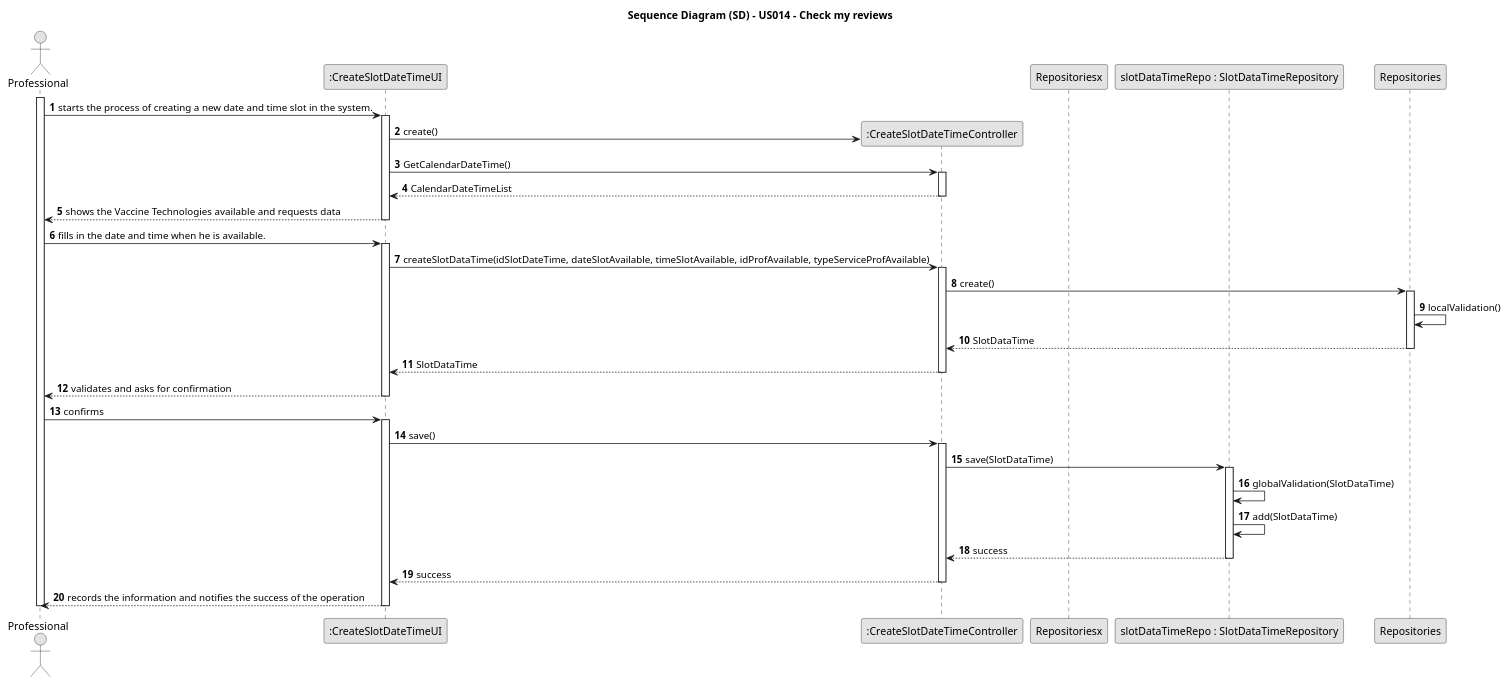
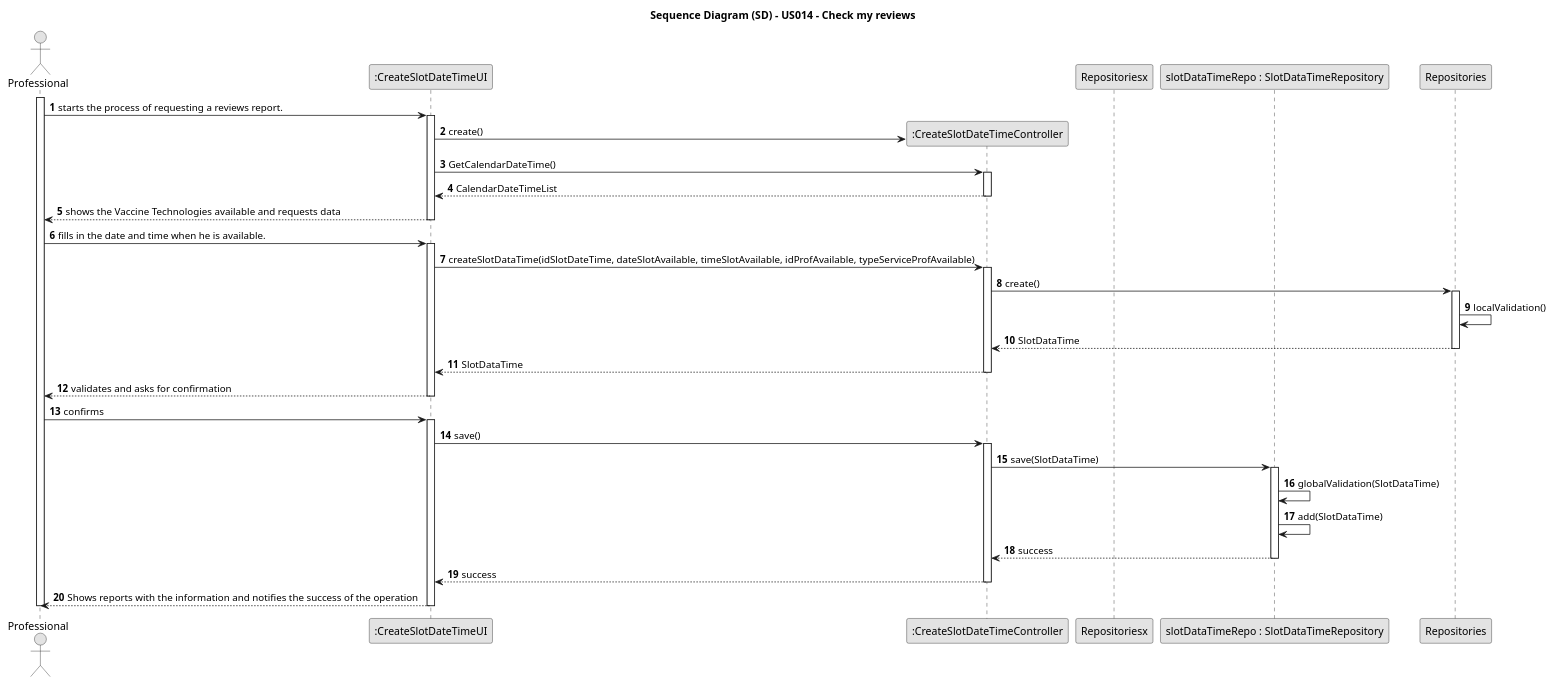
One commit to tbarracha/Upskill-Sprint-2-Gladly-Given changed the diagram in javaSprint2GladlyGiven/Docs/UseCases/uc014/us014-SD.puml. Above: the diagram before and after it, drawn with PlantUML. The commit also changed 5 other files, not shown here.

```diff
--- a/javaSprint2GladlyGiven/Docs/UseCases/uc014/us014-SD.puml
+++ b/javaSprint2GladlyGiven/Docs/UseCases/uc014/us014-SD.puml
@@ -4,59 +4,59 @@
 @startuml
 skinparam monochrome true
 skinparam packageStyle rectangle
 skinparam shadowing false
 
 title Sequence Diagram (SD) - US014 - Check my reviews
 
 autonumber
 
 actor Professional
 participant ":CreateSlotDateTimeUI" as ui
 participant ":CreateSlotDateTimeController" as ctrl
 participant Repositoriesx
 participant "slotDataTimeRepo : SlotDataTimeRepository" as SlotDataTimeRepo
 
 
 activate Professional
 
-    Professional -> ui : starts the process of creating a new date and time slot in the system.
+    Professional -> ui : starts the process of requesting a reviews report.
     activate ui
         ui -> ctrl** : create()
         ui -> ctrl : GetCalendarDateTime()
         activate ctrl
                         ctrl --> ui : CalendarDateTimeList
             deactivate ctrl
             ui --> Professional : shows the Vaccine Technologies available and requests data
     deactivate ui
 
     Professional -> ui : fills in the date and time when he is available.
     activate ui
         ui -> ctrl : createSlotDataTime(idSlotDateTime, dateSlotAvailable, timeSlotAvailable, idProfAvailable, typeServiceProfAvailable)
         activate ctrl
             ctrl -> Repositories : create()
             activate Repositories
                 Repositories -> Repositories : localValidation()
                 Repositories --> ctrl : SlotDataTime
             deactivate Repositories
             ctrl --> ui : SlotDataTime
         deactivate ctrl
         ui --> Professional : validates and asks for confirmation
     deactivate ui
 
     Professional -> ui : confirms
     activate ui
         ui -> ctrl : save()
         activate ctrl
             ctrl -> SlotDataTimeRepo : save(SlotDataTime)
             activate SlotDataTimeRepo
                 SlotDataTimeRepo -> SlotDataTimeRepo : globalValidation(SlotDataTime)
                 SlotDataTimeRepo -> SlotDataTimeRepo : add(SlotDataTime)
                 SlotDataTimeRepo --> ctrl : success
             deactivate SlotDataTimeRepo
             ctrl --> ui : success
         deactivate ctrl
-        ui --> Professional : records the information and notifies the success of the operation
+        ui --> Professional : Shows reports with the information and notifies the success of the operation
     deactivate ui
 deactivate Professional
 
 @enduml
```
